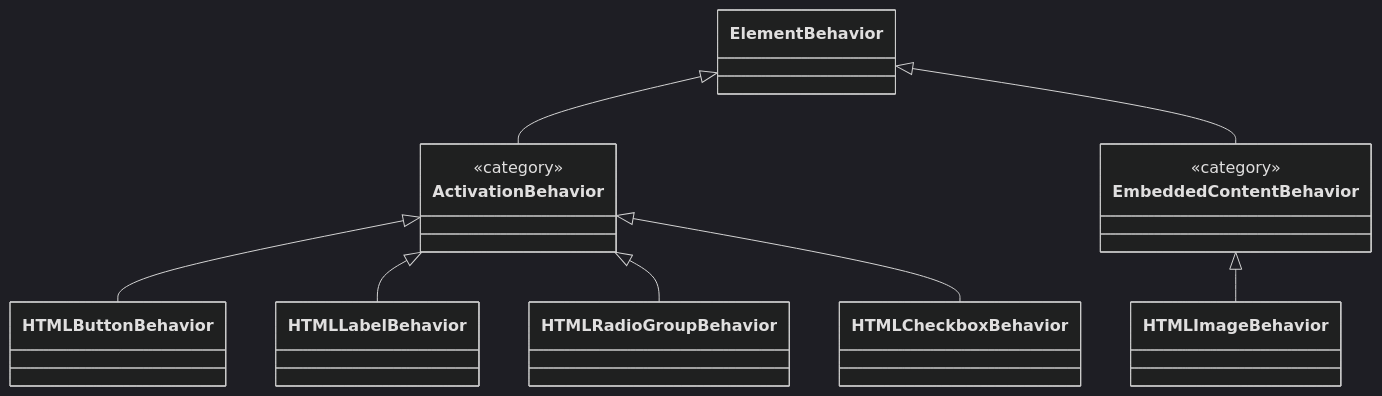
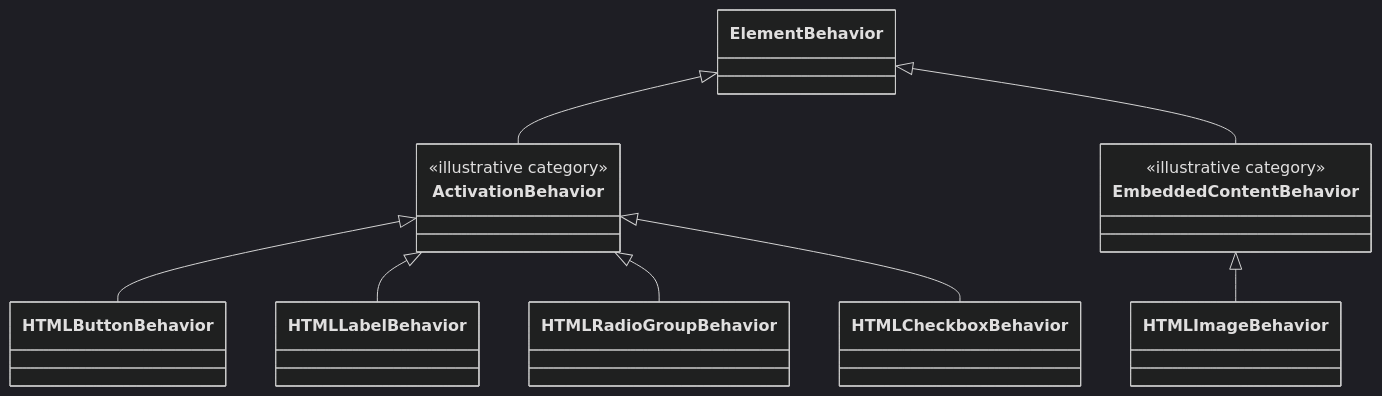
The diagram in PlatformProvidedBehaviors/explainer.md (MicrosoftEdge/MSEdgeExplainers), drawn with Mermaid (dark theme) before and after one commit. The commit also changed other lines of this file, not shown here.

````diff
--- a/PlatformProvidedBehaviors/explainer.md
+++ b/PlatformProvidedBehaviors/explainer.md
@@ -124,22 +423,22 @@
 ```mermaid
 classDiagram
     class ElementBehavior
     class ActivationBehavior {
-        <<category>>
+        <<illustrative category>>
     }
     class EmbeddedContentBehavior {
-        <<category>>
+        <<illustrative category>>
     }
     class HTMLButtonBehavior
     class HTMLLabelBehavior
     class HTMLRadioGroupBehavior
     class HTMLCheckboxBehavior
     class HTMLImageBehavior
     ElementBehavior <|-- ActivationBehavior
     ElementBehavior <|-- EmbeddedContentBehavior
     ActivationBehavior <|-- HTMLButtonBehavior
     ActivationBehavior <|-- HTMLLabelBehavior
     ActivationBehavior <|-- HTMLRadioGroupBehavior
     ActivationBehavior <|-- HTMLCheckboxBehavior
     EmbeddedContentBehavior <|-- HTMLImageBehavior
 ```
````
